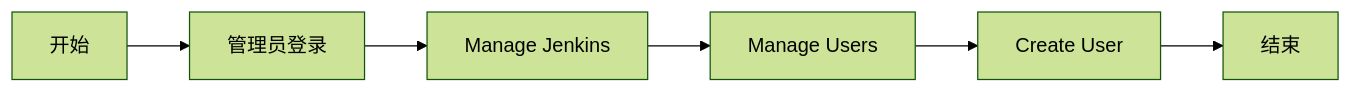
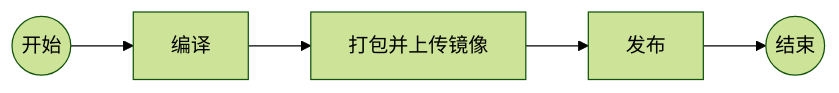
The fourth of 4 diagrams in dev-ops/q2.md (hongshancapital/interview-assignments), drawn with Mermaid (forest theme) before and after one commit. The commit also changed other lines of this file, not shown here.

````diff
--- a/dev-ops/q2.md
+++ b/dev-ops/q2.md
@@ -13,4 +70,7 @@
-```mermaid
-  flowchart LR
-  开始 --> 管理员登录 --> step1[Manage Jenkins] --> step2[Manage Users] --> step3[Create User] --> 结束
-```
+  ```mermaid
+  graph LR;
+      Start((开始))-->Step1[编译];
+      Step1-->Step2[打包并上传镜像];
+      Step2-->Step3[发布];
+      Step3-->End((结束));
+  ```
````
